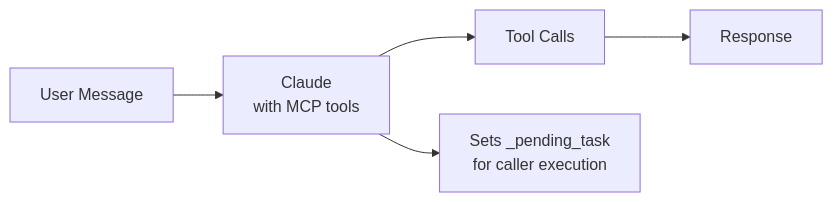
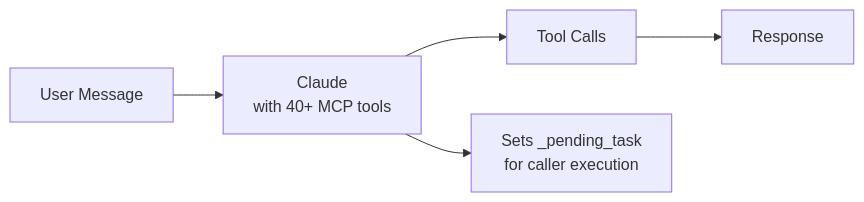
Before and after one commit to carrotly-ai/gluon-agent: the fourth of 9 diagrams in docs/ARCHITECTURE.md, drawn with Mermaid. The commit also changed other lines of this file and 6 other files, not shown here.

First line of the commit message:
docs: update documentation with recent features and architecture changes

````diff
--- a/docs/ARCHITECTURE.md
+++ b/docs/ARCHITECTURE.md
@@ -503,7 +504,7 @@
 ```mermaid
 flowchart LR
-    USER[User Message] --> CLAUDE[Claude<br/>with MCP tools]
+    USER[User Message] --> CLAUDE[Claude<br/>with 40+ MCP tools]
     CLAUDE --> TOOLS[Tool Calls]
     TOOLS --> RESP[Response]
     CLAUDE --> TASK[Sets _pending_task<br/>for caller execution]
 ```
````
